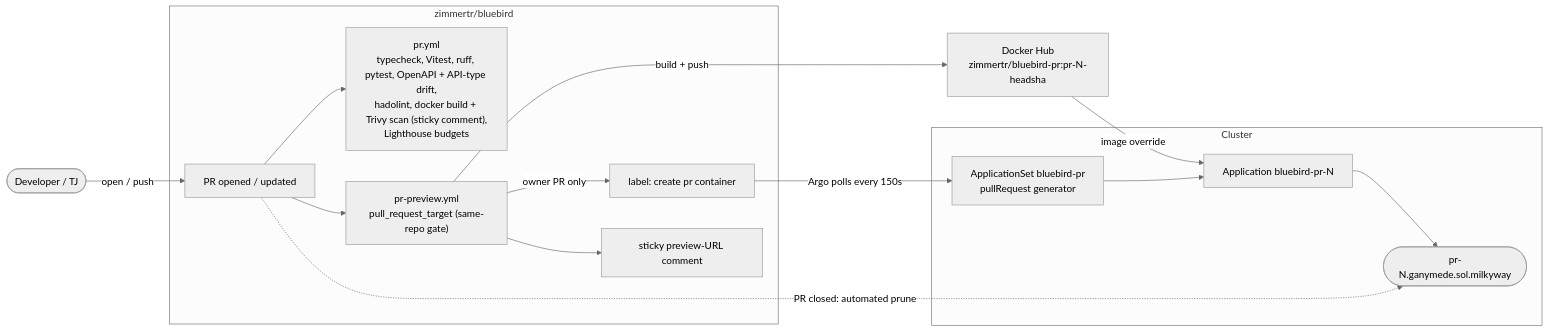
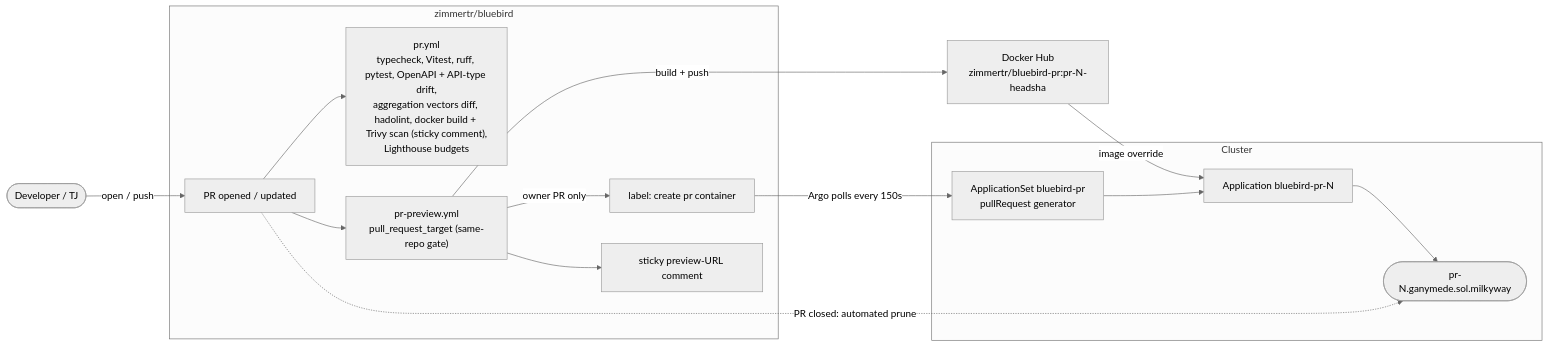
Before and after one commit to zimmertr/bluebird: the fourth of 6 diagrams in docs/CICD.md, drawn with Mermaid (neutral theme). The commit also changed other lines of this file and 23 other files, not shown here.

````diff
--- a/docs/CICD.md
+++ b/docs/CICD.md
@@ -645,32 +659,32 @@
 ```mermaid
 flowchart LR
     dev(["Developer / TJ"])
 
     subgraph BB["zimmertr/bluebird"]
         pr["PR opened / updated"]
-        checks["pr.yml<br/>typecheck, Vitest, ruff, pytest, OpenAPI + API-type drift,<br/>hadolint, docker build + Trivy scan (sticky comment),<br/>Lighthouse budgets"]
+        checks["pr.yml<br/>typecheck, Vitest, ruff, pytest, OpenAPI + API-type drift,<br/>aggregation vectors diff, hadolint, docker build + Trivy scan (sticky comment),<br/>Lighthouse budgets"]
         preview["pr-preview.yml<br/>pull_request_target (same-repo gate)"]
         label["label: create pr container"]
         comment["sticky preview-URL comment"]
     end
 
     dhpr["Docker Hub<br/>zimmertr/bluebird-pr:pr-N-headsha"]
 
     subgraph CL["Cluster"]
         appset["ApplicationSet bluebird-pr<br/>pullRequest generator"]
         app["Application bluebird-pr-N"]
         env(["pr-N.ganymede.sol.milkyway"])
     end
 
     dev -->|open / push| pr
     pr --> checks
     pr --> preview
     preview -->|build + push| dhpr
     preview -->|owner PR only| label
     preview --> comment
     label -->|Argo polls every 150s| appset
     appset --> app
     dhpr -->|image override| app
     app --> env
     pr -.->|PR closed: automated prune| env
 ```
````
